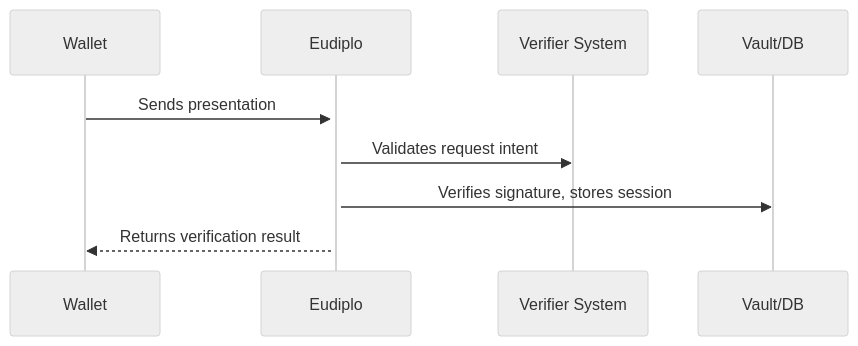
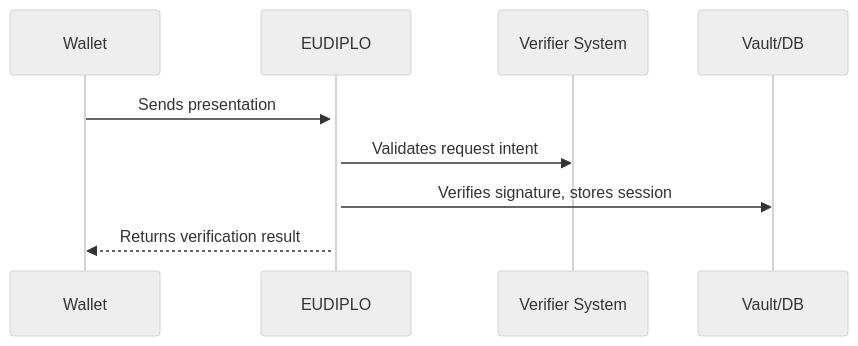
The diagram in docs/architecture/overview.md (openwallet-foundation-labs/eudiplo), drawn with Mermaid (neutral theme) before and after one commit. The commit also changed other lines of this file and 12 other files, not shown here.

````diff
--- a/docs/architecture/overview.md
+++ b/docs/architecture/overview.md
@@ -38,12 +38,12 @@
 ```mermaid
 sequenceDiagram
   participant Wallet
-  participant Eudiplo
+  participant EUDIPLO
   participant Verifier System
   participant Vault/DB
 
-  Wallet->>+Eudiplo: Sends presentation
-  Eudiplo->>Verifier System: Validates request intent
-  Eudiplo->>Vault/DB: Verifies signature, stores session
-  Eudiplo-->>Wallet: Returns verification result
+  Wallet->>+EUDIPLO: Sends presentation
+  EUDIPLO->>Verifier System: Validates request intent
+  EUDIPLO->>Vault/DB: Verifies signature, stores session
+  EUDIPLO-->>Wallet: Returns verification result
 ```
````
